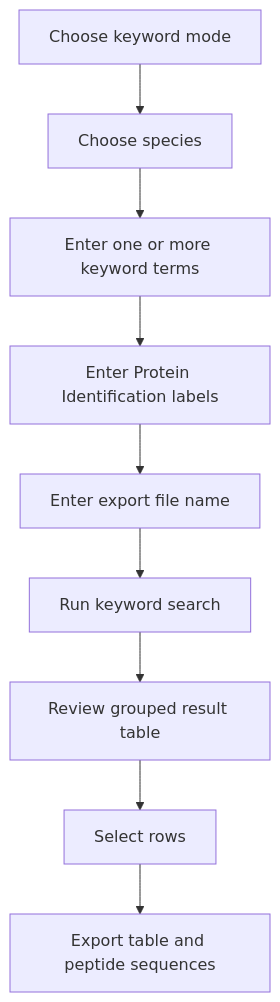
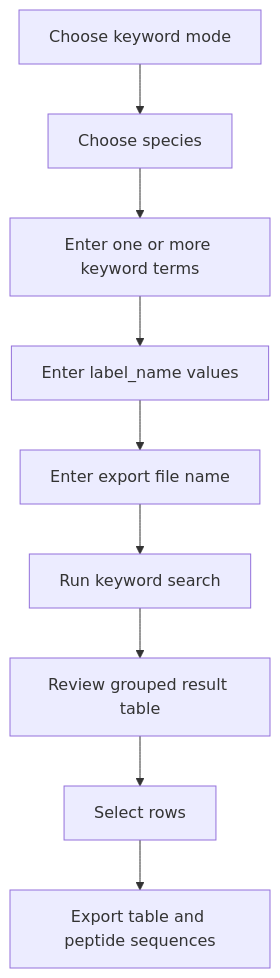
Before and after one commit to KiriKirby/phytozome-go: the third of 3 diagrams in README.md, drawn with Mermaid. The commit also changed other lines of this file and 56 other files, not shown here.

````diff
--- a/README.md
+++ b/README.md
@@ -420,11 +374,11 @@
 ```mermaid
 flowchart TD
     A[Choose keyword mode] --> B[Choose species]
     B --> C[Enter one or more keyword terms]
-    C --> D[Enter Protein Identification labels]
+    C --> D[Enter label_name values]
     D --> E[Enter export file name]
     E --> F[Run keyword search]
     F --> G[Review grouped result table]
     G --> H[Select rows]
     H --> I[Export table and peptide sequences]
 ```
````
